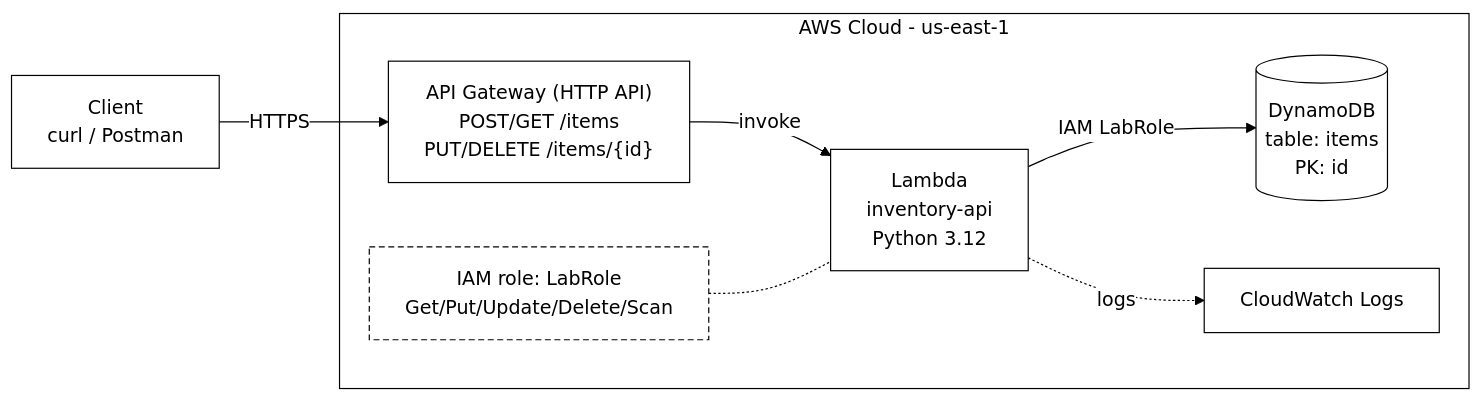
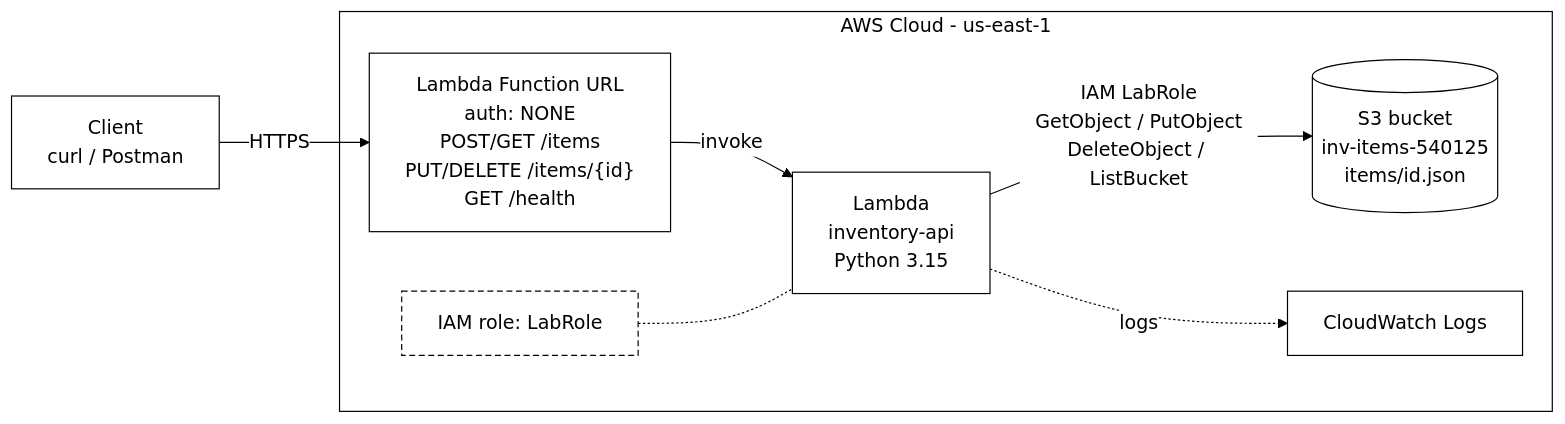
Before and after one commit to Palupifitrianingrum/Inventaris-Barang: the third of 3 diagrams in README.md, drawn with Mermaid.

Commit message:
ganti method untuk track C
Updated the flowchart to reflect changes in the API Gateway and Lambda function details.

````diff
--- a/README.md
+++ b/README.md
@@ -94,18 +94,18 @@
 ```mermaid
 %%{init: {'theme':'base','themeVariables':{'background':'transparent','primaryColor':'#ffffff','primaryTextColor':'#000000','primaryBorderColor':'#000000','lineColor':'#000000','secondaryColor':'#ffffff','tertiaryColor':'#ffffff','clusterBkg':'transparent','clusterBorder':'#000000','edgeLabelBackground':'#ffffff','fontFamily':'Arial'}}}%%
 flowchart LR
-  U["Client<br/>curl / Postman"] -->|"HTTPS"| GW
+  U["Client<br/>curl / Postman"] -->|"HTTPS"| FU
 
   subgraph AWS["AWS Cloud - us-east-1"]
-    GW["API Gateway (HTTP API)<br/>POST/GET /items<br/>PUT/DELETE /items/{id}"] -->|"invoke"| L["Lambda<br/>inventory-api<br/>Python 3.12"]
+    FU["Lambda Function URL<br/>auth: NONE<br/>POST/GET /items<br/>PUT/DELETE /items/{id}<br/>GET /health"] -->|"invoke"| L["Lambda<br/>inventory-api<br/>Python 3.15"]
 
-    L -->|"IAM LabRole"| DDB[("DynamoDB<br/>table: items<br/>PK: id")]
+    L -->|"IAM LabRole<br/>GetObject / PutObject<br/>DeleteObject / ListBucket"| S3[("S3 bucket<br/>inv-items-540125<br/>items/id.json")]
     L -.->|"logs"| CW["CloudWatch Logs"]
 
-    ROLE["IAM role: LabRole<br/>Get/Put/Update/Delete/Scan"]
+    ROLE["IAM role: LabRole"]
     ROLE -.- L
   end
 
   classDef sec stroke-dasharray:5 3
   class ROLE sec
 ```
````
